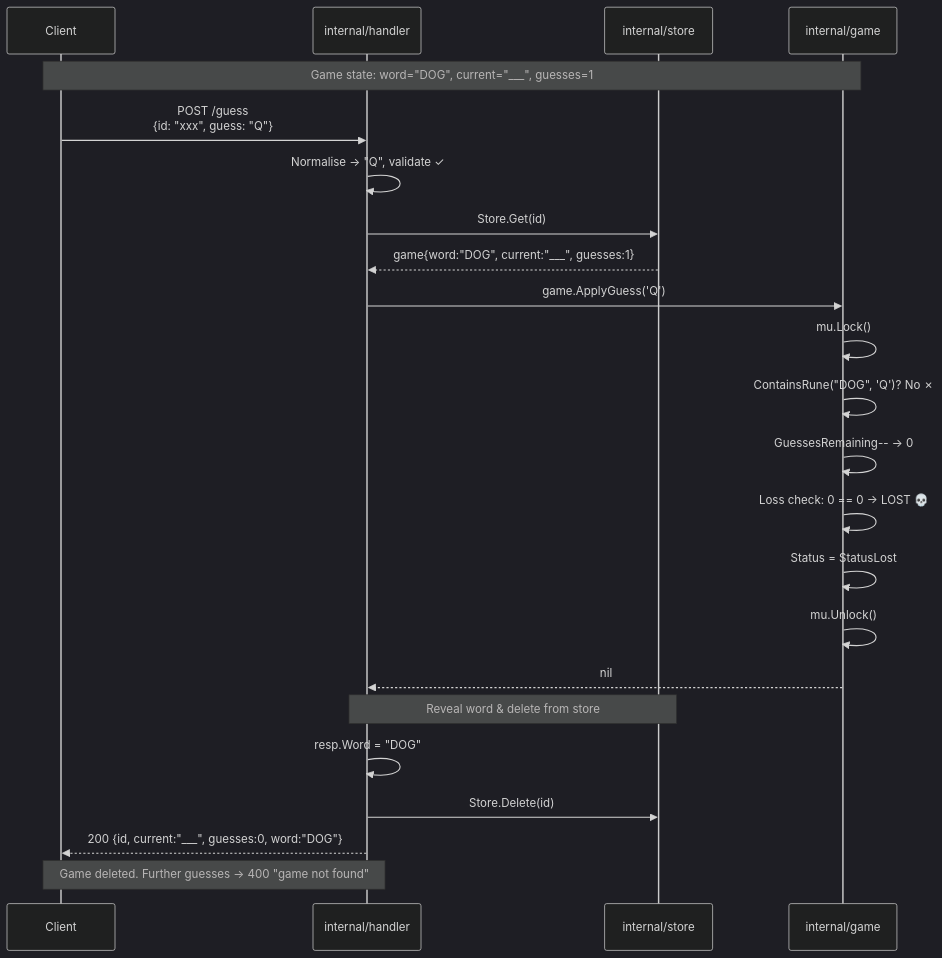
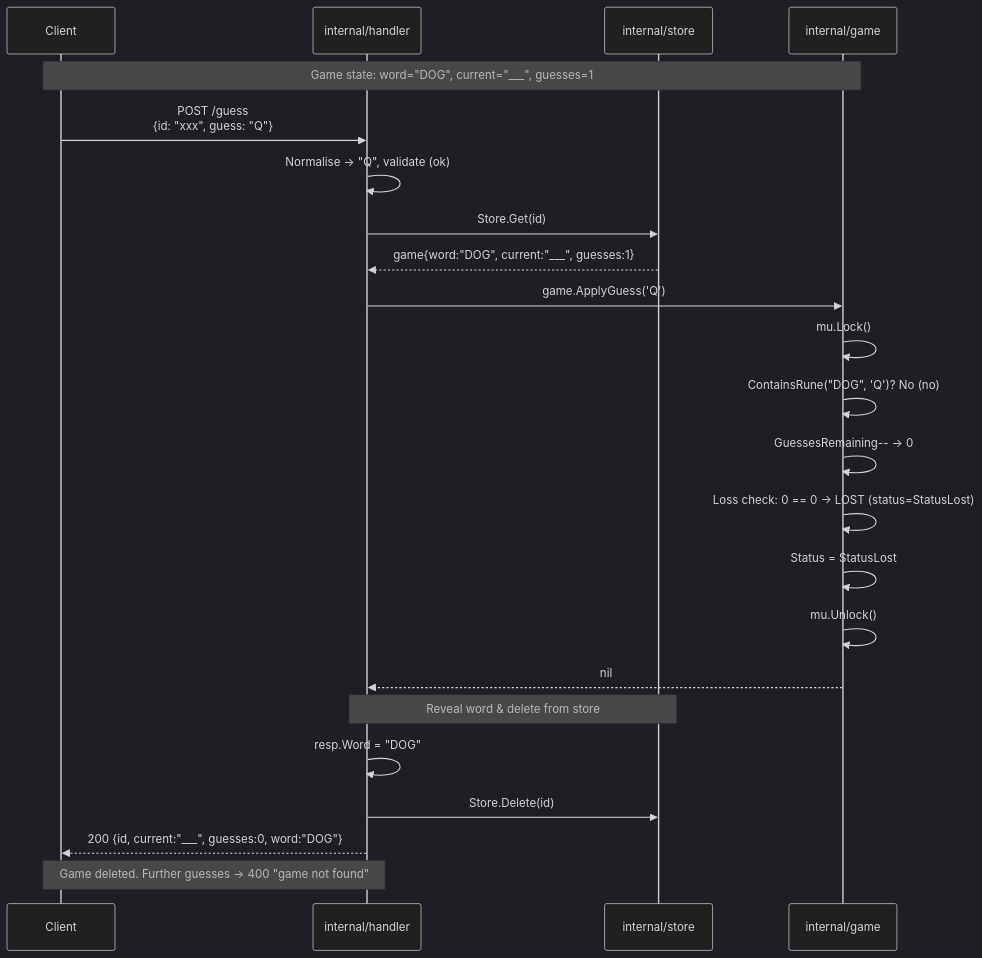
The fourth of 11 diagrams in docs.md (ajitm722/wordgame), drawn with Mermaid (dark theme) before and after one commit. The commit also changed other lines of this file and 14 other files, not shown here.

````diff
--- a/docs.md
+++ b/docs.md
@@ -462,31 +467,31 @@
 ```mermaid
 sequenceDiagram
     participant Client
     participant Handler as internal/handler
     participant Store as internal/store
     participant Game as internal/game
 
     Note over Client,Game: Game state: word="DOG", current="___", guesses=1
 
     Client->>Handler: POST /guess<br/>{id: "xxx", guess: "Q"}
-    Handler->>Handler: Normalise → "Q", validate ✓
+    Handler->>Handler: Normalise → "Q", validate (ok)
     Handler->>Store: Store.Get(id)
     Store-->>Handler: game{word:"DOG", current:"___", guesses:1}
 
     Handler->>Game: game.ApplyGuess('Q')
     Game->>Game: mu.Lock()
-    Game->>Game: ContainsRune("DOG", 'Q')? No ✗
+    Game->>Game: ContainsRune("DOG", 'Q')? No (no)
     Game->>Game: GuessesRemaining-- → 0
-    Game->>Game: Loss check: 0 == 0 → LOST 💀
+    Game->>Game: Loss check: 0 == 0 → LOST (status=StatusLost)
     Game->>Game: Status = StatusLost
     Game->>Game: mu.Unlock()
     Game-->>Handler: nil
 
     Note over Handler,Store: Reveal word & delete from store
     Handler->>Handler: resp.Word = "DOG"
     Handler->>Store: Store.Delete(id)
 
     Handler-->>Client: 200 {id, current:"___", guesses:0, word:"DOG"}
 
     Note over Client,Handler: Game deleted. Further guesses → 400 "game not found"
 ```
````
